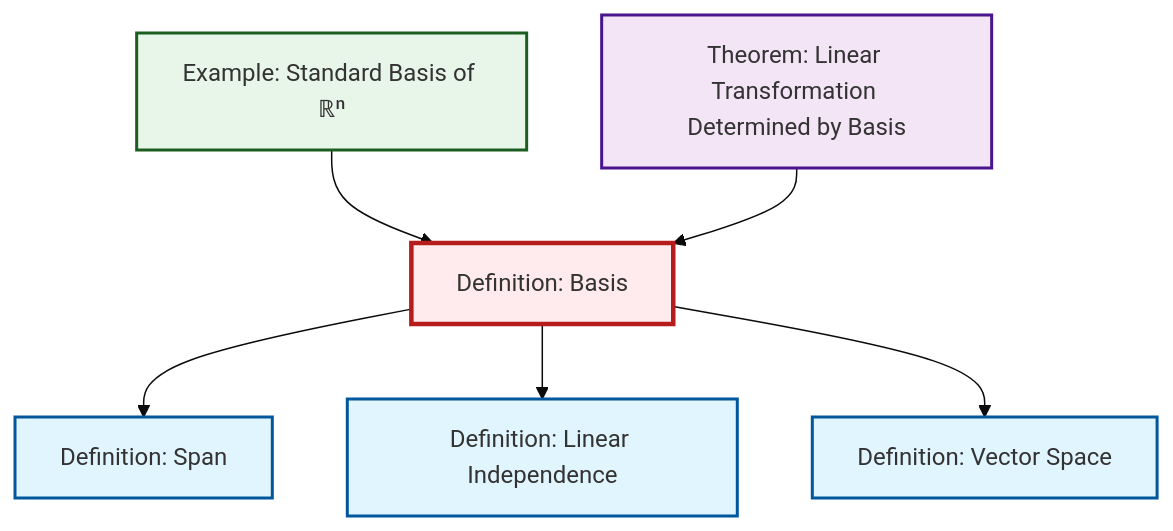
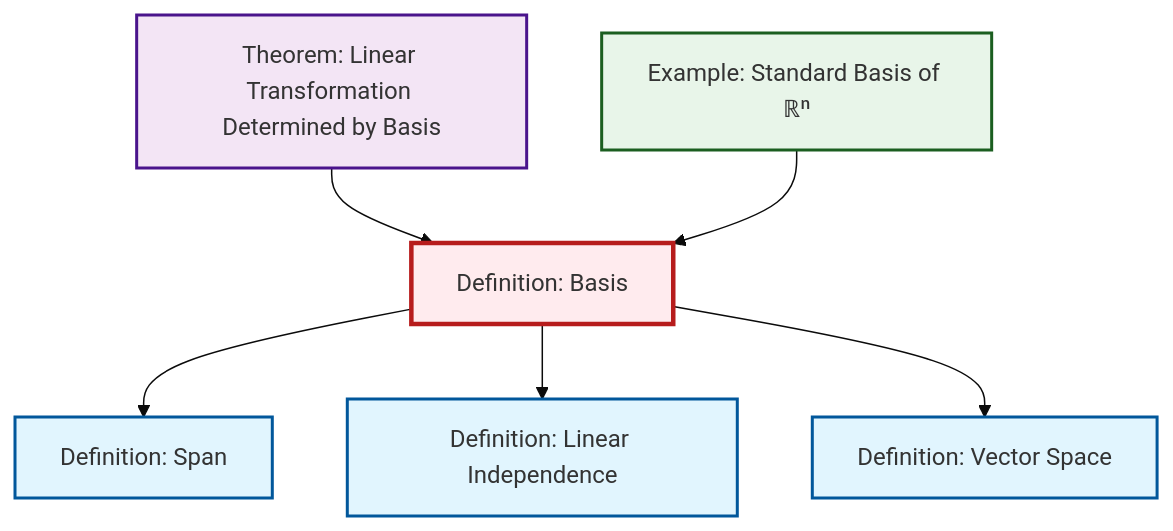
The diagram in content/en/algebra/def-basis.qmd (RK0429/ModernMath), drawn with Mermaid (base theme) before and after one commit. The commit also changed other lines of this file and 360 other files, not shown here.

````diff
--- a/content/en/algebra/def-basis.qmd
+++ b/content/en/algebra/def-basis.qmd
@@ -48,26 +48,26 @@
 ```{mermaid}
 %%| fig-cap: "Local dependency graph"
 graph TD
     classDef definition fill:#e1f5fe,stroke:#01579b,stroke-width:2px
     classDef theorem fill:#f3e5f5,stroke:#4a148c,stroke-width:2px
     classDef axiom fill:#fff3e0,stroke:#e65100,stroke-width:2px
     classDef example fill:#e8f5e9,stroke:#1b5e20,stroke-width:2px
     classDef current fill:#ffebee,stroke:#b71c1c,stroke-width:3px
+    def-basis["Definition: Basis"]:::definition
+    def-span["Definition: Span"]:::definition
+    thm-linear-transformation-basis["Theorem: Linear Transformation Determined by Basis"]:::theorem
+    def-vector-space["Definition: Vector Space"]:::definition
+    ex-standard-basis-rn["Example: Standard Basis of ℝⁿ"]:::example
     def-linear-independence["Definition: Linear Independence"]:::definition
-    def-basis["Definition: Basis"]:::definition
-    def-vector-space["Definition: Vector Space"]:::definition
-    def-span["Definition: Span"]:::definition
-    ex-standard-basis-rn["Example: Standard Basis of ℝⁿ"]:::example
-    thm-linear-transformation-basis["Theorem: Linear Transformation Determined by Basis"]:::theorem
     def-basis --> def-span
-    ex-standard-basis-rn --> def-basis
     def-basis --> def-linear-independence
     thm-linear-transformation-basis --> def-basis
+    ex-standard-basis-rn --> def-basis
     def-basis --> def-vector-space
     class def-basis current
+    click def-span "def-span.html" "Go to Span definition"
+    click thm-linear-transformation-basis "thm-linear-transformation-basis.html" "Go to Linear Transformation Determined by Basis theorem"
+    click def-vector-space "def-vector-space.html" "Go to Vector Space definition"
+    click ex-standard-basis-rn "ex-standard-basis-rn.html" "Go to Standard Basis of ℝⁿ example"
     click def-linear-independence "def-linear-independence.html" "Go to Linear Independence definition"
-    click def-vector-space "def-vector-space.html" "Go to Vector Space definition"
-    click def-span "def-span.html" "Go to Span definition"
-    click ex-standard-basis-rn "ex-standard-basis-rn.html" "Go to Standard Basis of ℝⁿ example"
-    click thm-linear-transformation-basis "thm-linear-transformation-basis.html" "Go to Linear Transformation Determined by Basis theorem"
 ```
````
